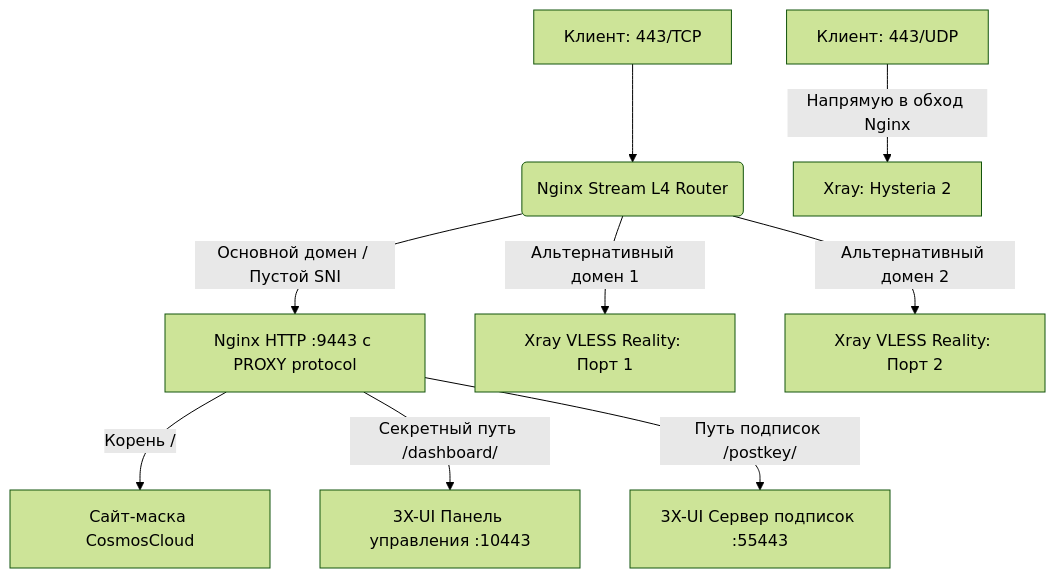
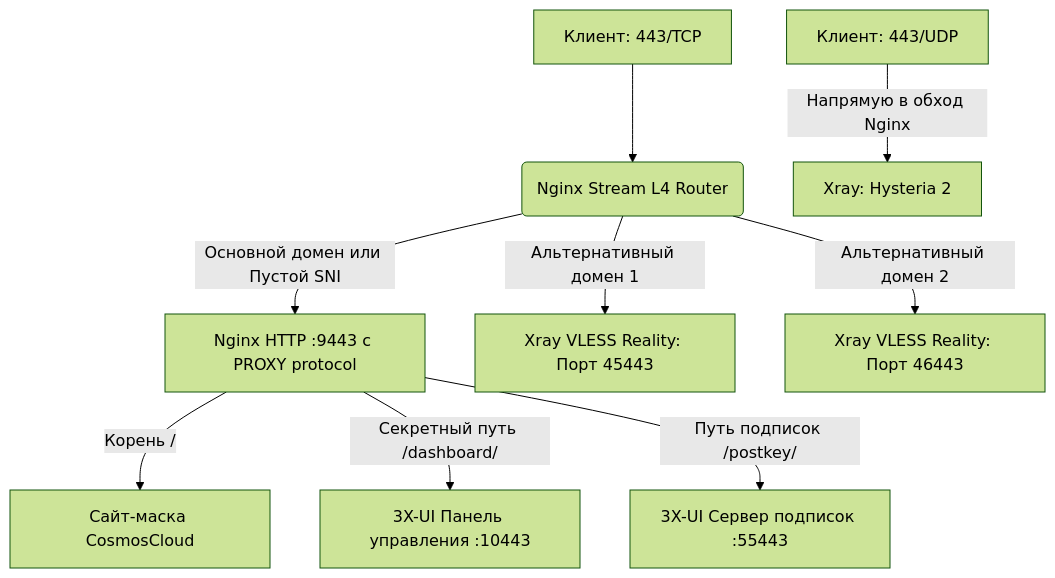
One commit to torrua/Nginx-L4-Stream-Router-Mask-for-3x-ui changed the diagram in README.md. Above: the diagram before and after it, drawn with Mermaid (forest theme). The commit also changed other lines of this file, not shown here.

````diff
--- a/README.md
+++ b/README.md
@@ -27,14 +34,13 @@
 ```mermaid
 graph TD
     Client443TCP[Клиент: 443/TCP] --> NginxStream(Nginx Stream L4 Router)
     Client443UDP[Клиент: 443/UDP] -->|Напрямую в обход Nginx| XrayHysteria[Xray: Hysteria 2]
 
-    NginxStream -->|Основной домен / Пустой SNI| NginxHTTP[Nginx HTTP :9443 с PROXY protocol]
-    NginxStream -->|Альтернативный домен 1| VLESS_1[Xray VLESS Reality: Порт 1]
-    NginxStream -->|Альтернативный домен 2| VLESS_2[Xray VLESS Reality: Порт 2]
+    NginxStream -->|Основной домен или Пустой SNI| NginxHTTP[Nginx HTTP :9443 с PROXY protocol]
+    NginxStream -->|Альтернативный домен 1| VLESS_1[Xray VLESS Reality: Порт 45443]
+    NginxStream -->|Альтернативный домен 2| VLESS_2[Xray VLESS Reality: Порт 46443]
 
     NginxHTTP -->|Корень /| DecoySite[Сайт-маска CosmosCloud]
     NginxHTTP -->|Секретный путь /dashboard/| Panel3X[3X-UI Панель управления :10443]
     NginxHTTP -->|Путь подписок /postkey/| PanelSub[3X-UI Сервер подписок :55443]
-
 ```
````
